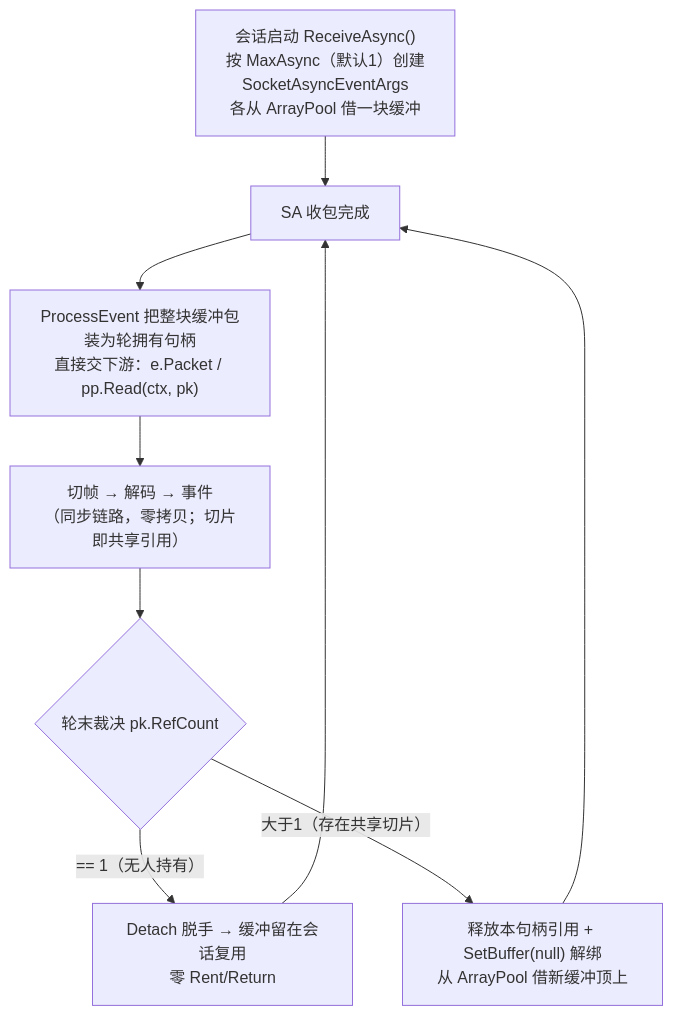
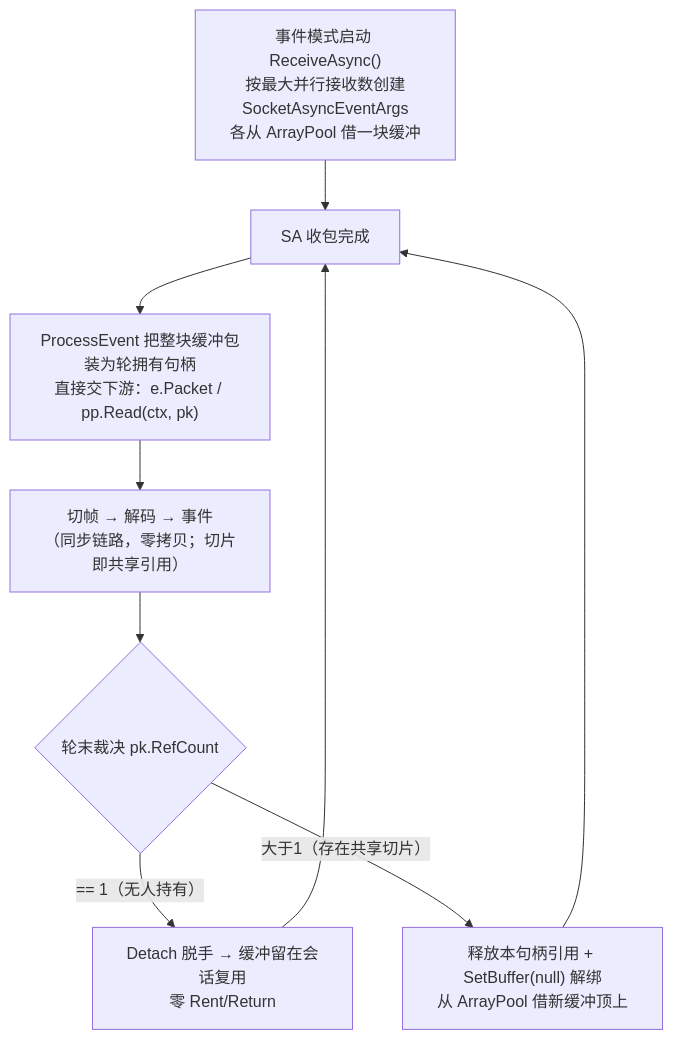
Before and after one commit to NewLifeX/X: the first of 2 diagrams in Doc/网络缓冲所有权架构.md, drawn with Mermaid. The commit also changed other lines of this file and 17 other files, not shown here.

Commit message:
feat: 接收模式二选一 AutoReceive——MaxAsync 拆分下沉 UdpServer 并发数，修复 wss 握手同步直读

````diff
--- a/Doc/网络缓冲所有权架构.md
+++ b/Doc/网络缓冲所有权架构.md
@@ -29,11 +29,11 @@
 ```mermaid
 flowchart TD
-    A["会话启动 ReceiveAsync()<br/>按 MaxAsync（默认1）创建<br/>SocketAsyncEventArgs<br/>各从 ArrayPool 借一块缓冲"] --> B[SA 收包完成]
+    A["事件模式启动 ReceiveAsync()<br/>按最大并行接收数创建<br/>SocketAsyncEventArgs<br/>各从 ArrayPool 借一块缓冲"] --> B[SA 收包完成]
     B --> C["ProcessEvent 把整块缓冲包装为轮拥有句柄<br/>直接交下游：e.Packet / pp.Read(ctx, pk)"]
     C --> D["切帧 → 解码 → 事件<br/>（同步链路，零拷贝；切片即共享引用）"]
     D --> E{"轮末裁决 pk.RefCount"}
     E -- "== 1（无人持有）" --> F["Detach 脱手 → 缓冲留在会话复用<br/>零 Rent/Return"]
     E -- "大于1（存在共享切片）" --> G["释放本句柄引用 + SetBuffer(null) 解绑<br/>从 ArrayPool 借新缓冲顶上"]
     F --> B
     G --> B
 ```
````
